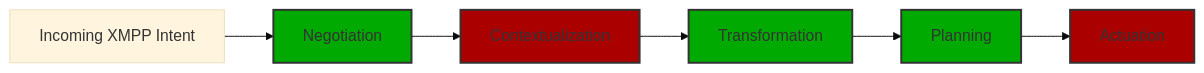
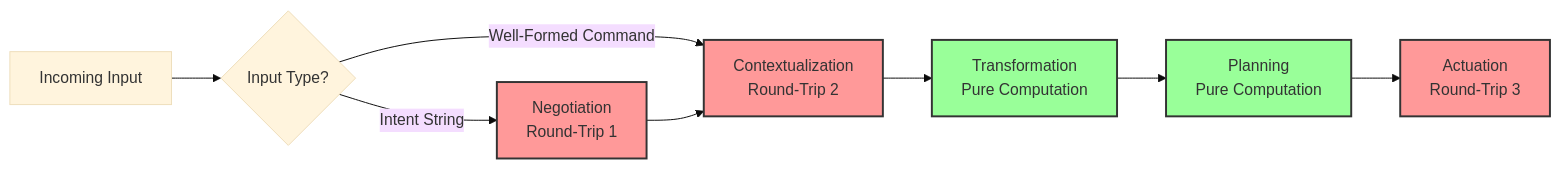
One commit to industry-digital/flux-game changed the diagram in docs/architecture.md. Above: the diagram before and after it, drawn with Mermaid (base theme). The commit also changed other lines of this file and 16 other files, not shown here.

````diff
--- a/docs/architecture.md
+++ b/docs/architecture.md
@@ -108,14 +251,16 @@
 ```mermaid
 flowchart LR
-    A[Incoming XMPP Intent] --> B[Negotiation]
-    B --> C[Contextualization]
-    C --> D[Transformation]
-    D --> E[Planning]
-    E --> F[Actuation]
+    A[Incoming Input] --> B{Input Type?}
+    B -->|Intent String| C[Negotiation<br/>Round-Trip 1]
+    B -->|Well-Formed Command| D[Contextualization<br/>Round-Trip 2]
+    C --> D
+    D --> E[Transformation<br/>Pure Computation]
+    E --> F[Planning<br/>Pure Computation]
+    F --> G[Actuation<br/>Round-Trip 3]
 
-    classDef effectful fill:#a00,stroke:#333,stroke-width:2px
-    classDef pure fill:#0a0,stroke:#333,stroke-width:2px
+    classDef roundtrip fill:#ff9999,stroke:#333,stroke-width:2px
+    classDef pure fill:#99ff99,stroke:#333,stroke-width:2px
 
-    class C,F effectful
-    class B,D,E pure
+    class C,D,G roundtrip
+    class E,F pure
 ```
````
